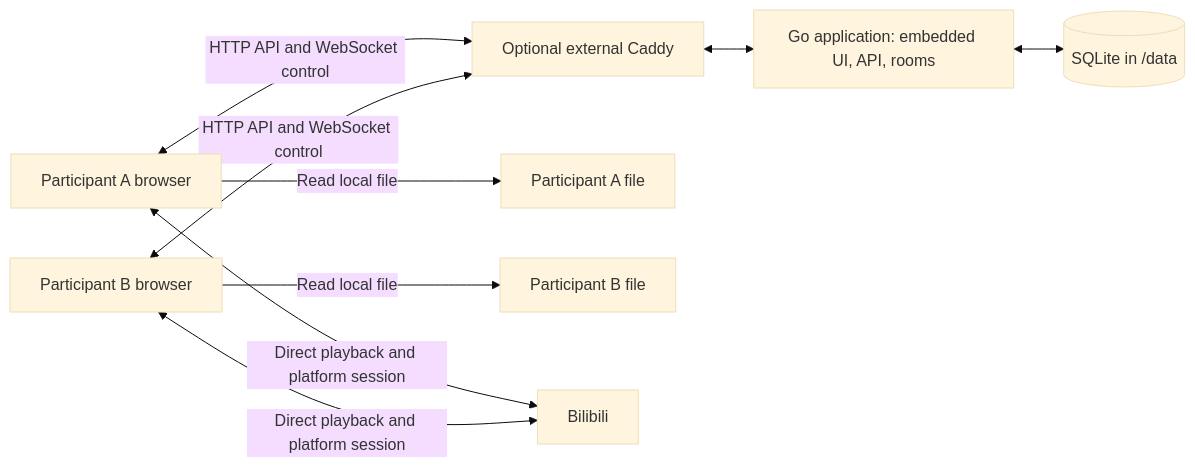
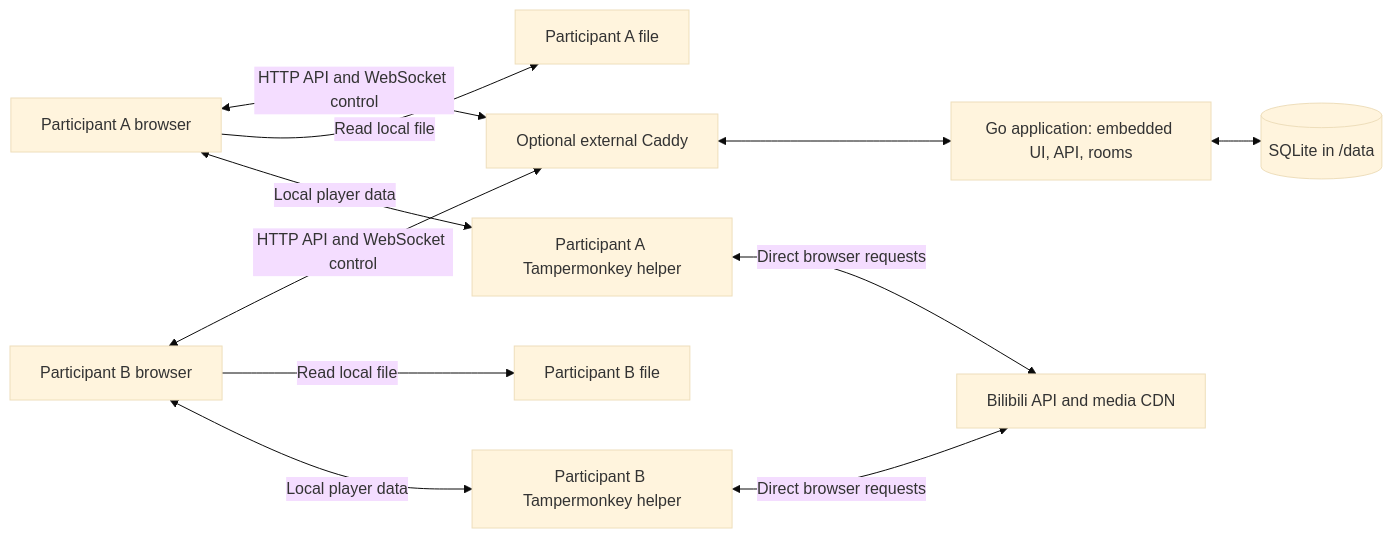
Before and after one commit to swqa7697/open-video-sync: the first of 2 diagrams in specs/DESIGN.md, drawn with Mermaid (base theme). The commit also changed other lines of this file and 1 other file, not shown here.

First line of the commit message:
docs(bilibili): design OVS-only Tampermonkey integration

````diff
--- a/specs/DESIGN.md
+++ b/specs/DESIGN.md
@@ -45,11 +45,13 @@
 ```mermaid
 flowchart LR
     A[Participant A browser] <-->|HTTP API and WebSocket control| P[Optional external Caddy]
     B[Participant B browser] <-->|HTTP API and WebSocket control| P
     P <--> S[Go application: embedded UI, API, rooms]
     S <--> D[(SQLite in /data)]
     A -->|Read local file| LA[Participant A file]
     B -->|Read local file| LB[Participant B file]
-    A <-->|Direct playback and platform session| V[Bilibili]
-    B <-->|Direct playback and platform session| V
+    A <-->|Local player data| TA[Participant A Tampermonkey helper]
+    B <-->|Local player data| TB[Participant B Tampermonkey helper]
+    TA <-->|Direct browser requests| V[Bilibili API and media CDN]
+    TB <-->|Direct browser requests| V
 ```
````
